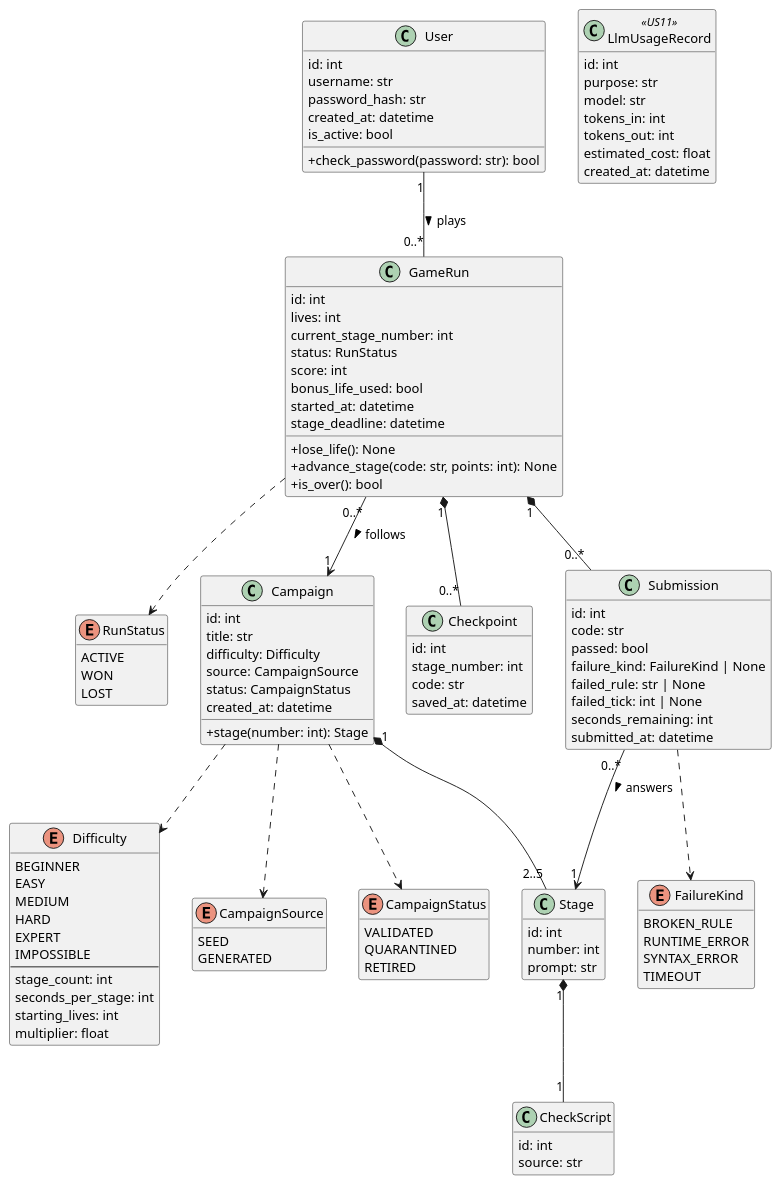
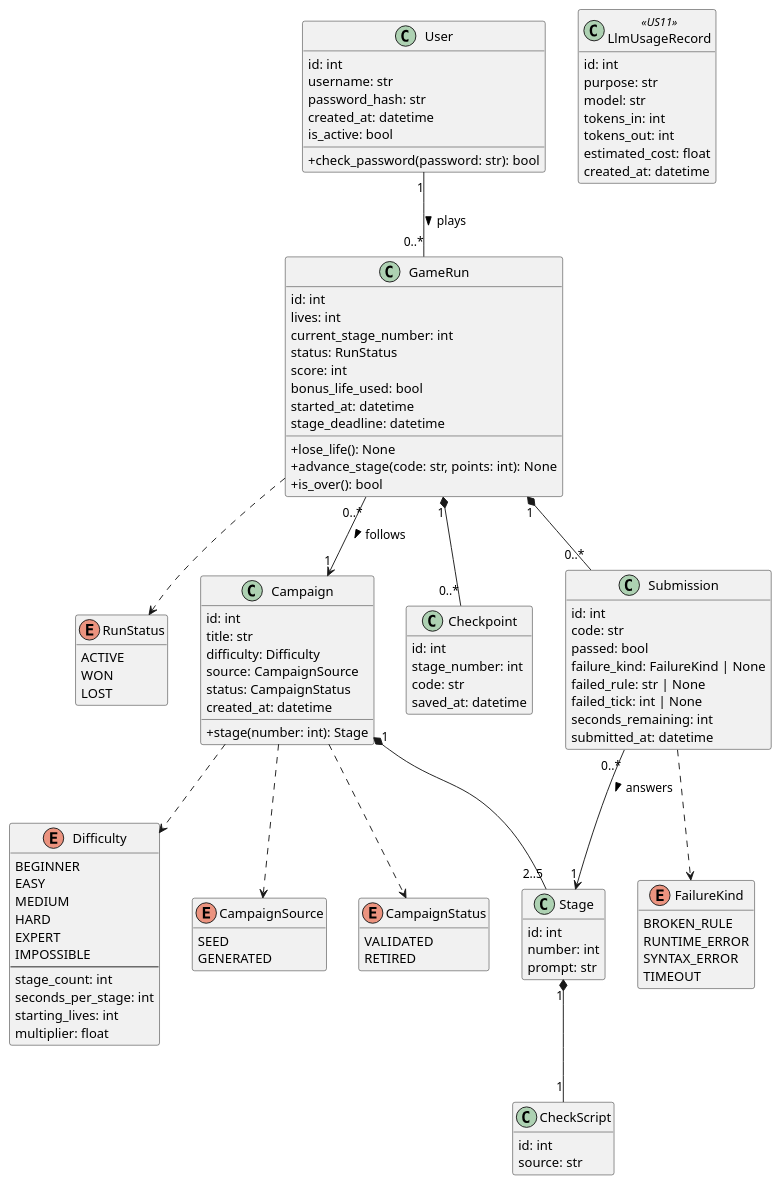
The diagram in uml/class.wsd (msu-denver/rokos-tasks), drawn with PlantUML before and after one commit. The commit also changed 6 other files, not shown here.

```diff
--- a/uml/class.wsd
+++ b/uml/class.wsd
@@ -1,134 +1,133 @@
 @startuml class
 ' File: class.wsd
 ' Description: Class diagram of the model (domain) classes for Roko's Tasks.
 '     Routes, services, repositories, and framework classes are excluded.
 ' Author(s): <team member names>
 
 hide empty members
 skinparam classAttributeIconSize 0
 
 enum Difficulty {
     BEGINNER
     EASY
     MEDIUM
     HARD
     EXPERT
     IMPOSSIBLE
     --
     stage_count: int
     seconds_per_stage: int
     starting_lives: int
     multiplier: float
 }
 
 enum CampaignSource {
     SEED
     GENERATED
 }
 
 enum CampaignStatus {
     VALIDATED
-    QUARANTINED
     RETIRED
 }
 
 enum RunStatus {
     ACTIVE
     WON
     LOST
 }
 
 enum FailureKind {
     BROKEN_RULE
     RUNTIME_ERROR
     SYNTAX_ERROR
     TIMEOUT
 }
 
 class User {
     id: int
     username: str
     password_hash: str
     created_at: datetime
     is_active: bool
     +check_password(password: str): bool
 }
 
 class Campaign {
     id: int
     title: str
     difficulty: Difficulty
     source: CampaignSource
     status: CampaignStatus
     created_at: datetime
     +stage(number: int): Stage
 }
 
 class Stage {
     id: int
     number: int
     prompt: str
 }
 
 class CheckScript {
     id: int
     source: str
 }
 
 class GameRun {
     id: int
     lives: int
     current_stage_number: int
     status: RunStatus
     score: int
     bonus_life_used: bool
     started_at: datetime
     stage_deadline: datetime
     +lose_life(): None
     +advance_stage(code: str, points: int): None
     +is_over(): bool
 }
 
 class Checkpoint {
     id: int
     stage_number: int
     code: str
     saved_at: datetime
 }
 
 class Submission {
     id: int
     code: str
     passed: bool
     failure_kind: FailureKind | None
     failed_rule: str | None
     failed_tick: int | None
     seconds_remaining: int
     submitted_at: datetime
 }
 
 class LlmUsageRecord <<US11>> {
     id: int
     purpose: str
     model: str
     tokens_in: int
     tokens_out: int
     estimated_cost: float
     created_at: datetime
 }
 
 User "1" -- "0..*" GameRun : plays >
 GameRun "0..*" --> "1" Campaign : follows >
 Campaign "1" *-- "2..5" Stage
 Stage "1" *-- "1" CheckScript
 GameRun "1" *-- "0..*" Checkpoint
 GameRun "1" *-- "0..*" Submission
 Submission "0..*" --> "1" Stage : answers >
 
 Campaign ..> Difficulty
 Campaign ..> CampaignSource
 Campaign ..> CampaignStatus
 GameRun ..> RunStatus
 Submission ..> FailureKind
 
 @enduml
```
